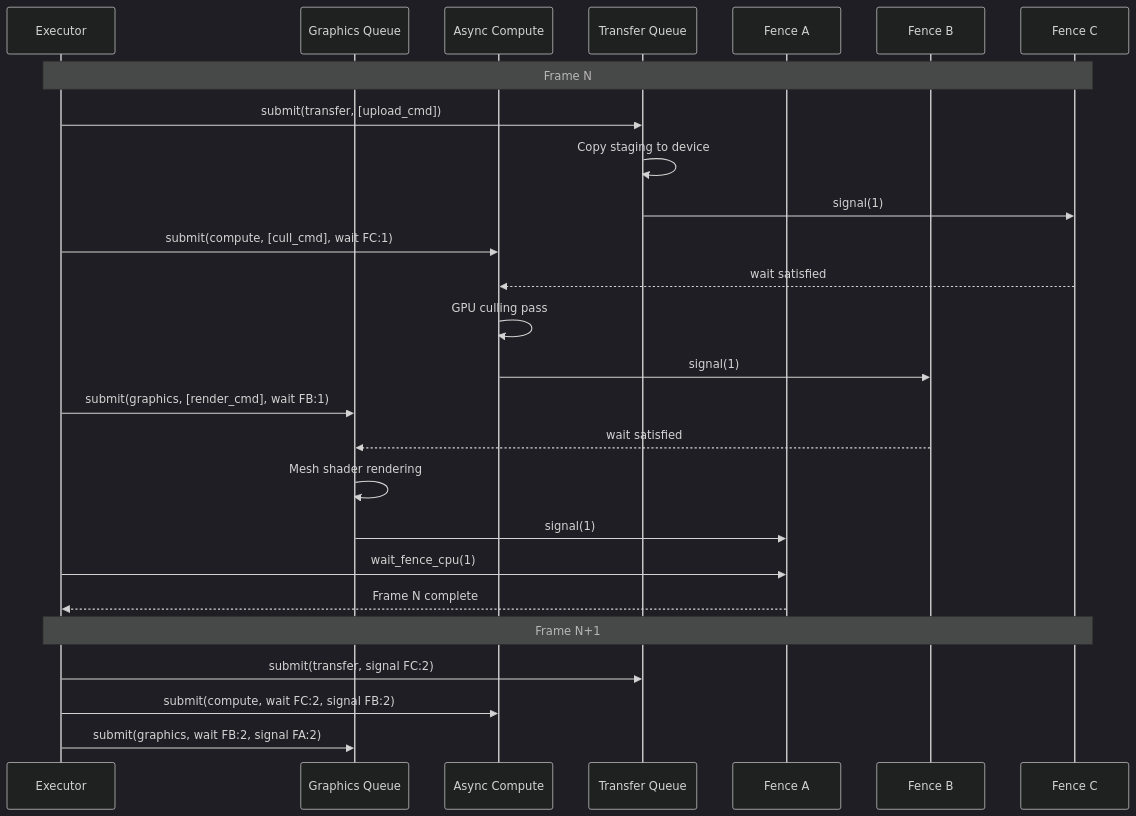
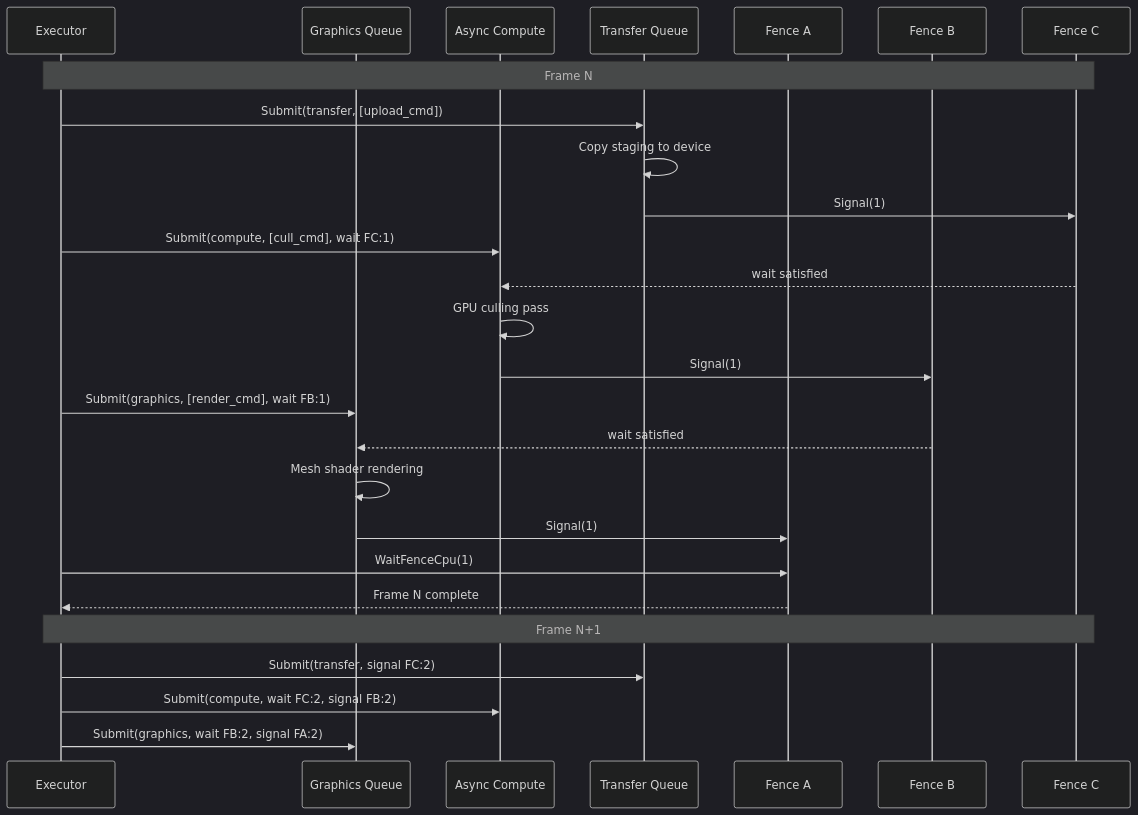
Before and after one commit to harmonius-dev/harmonius: diagram 17 of 17 in docs/design/gpu-backend-interface-classes.md, drawn with Mermaid (dark theme). The commit also changed other lines of this file and 67 other files, not shown here.

````diff
--- a/docs/design/gpu-backend-interface-classes.md
+++ b/docs/design/gpu-backend-interface-classes.md
@@ -1041,35 +1041,35 @@
 ```mermaid
 sequenceDiagram
     participant App as Executor
     participant GFX as Graphics Queue
     participant AC as Async Compute
     participant TX as Transfer Queue
     participant FA as Fence A
     participant FB as Fence B
     participant FC as Fence C
 
     Note over App,FC: Frame N
 
-    App->>TX: submit(transfer, [upload_cmd])
+    App->>TX: Submit(transfer, [upload_cmd])
     TX->>TX: Copy staging to device
-    TX->>FC: signal(1)
+    TX->>FC: Signal(1)
 
-    App->>AC: submit(compute, [cull_cmd], wait FC:1)
+    App->>AC: Submit(compute, [cull_cmd], wait FC:1)
     FC-->>AC: wait satisfied
     AC->>AC: GPU culling pass
-    AC->>FB: signal(1)
+    AC->>FB: Signal(1)
 
-    App->>GFX: submit(graphics, [render_cmd], wait FB:1)
+    App->>GFX: Submit(graphics, [render_cmd], wait FB:1)
     FB-->>GFX: wait satisfied
     GFX->>GFX: Mesh shader rendering
-    GFX->>FA: signal(1)
+    GFX->>FA: Signal(1)
 
-    App->>FA: wait_fence_cpu(1)
+    App->>FA: WaitFenceCpu(1)
     FA-->>App: Frame N complete
 
     Note over App,FC: Frame N+1
 
-    App->>TX: submit(transfer, signal FC:2)
-    App->>AC: submit(compute, wait FC:2, signal FB:2)
-    App->>GFX: submit(graphics, wait FB:2, signal FA:2)
+    App->>TX: Submit(transfer, signal FC:2)
+    App->>AC: Submit(compute, wait FC:2, signal FB:2)
+    App->>GFX: Submit(graphics, wait FB:2, signal FA:2)
 ```
````
